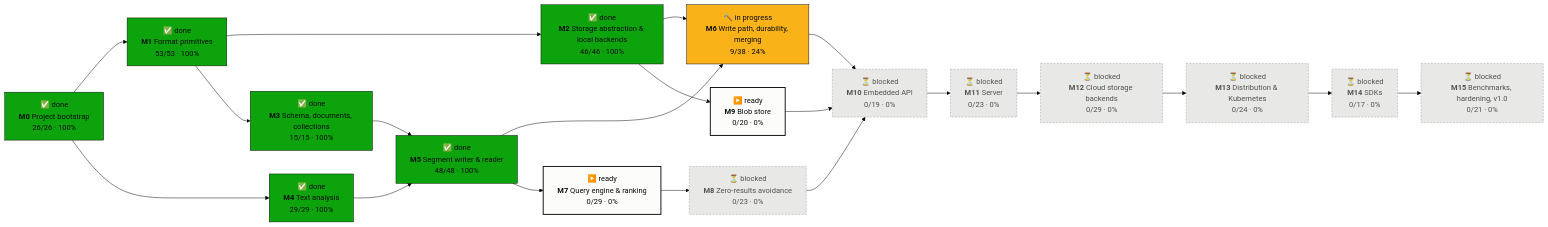
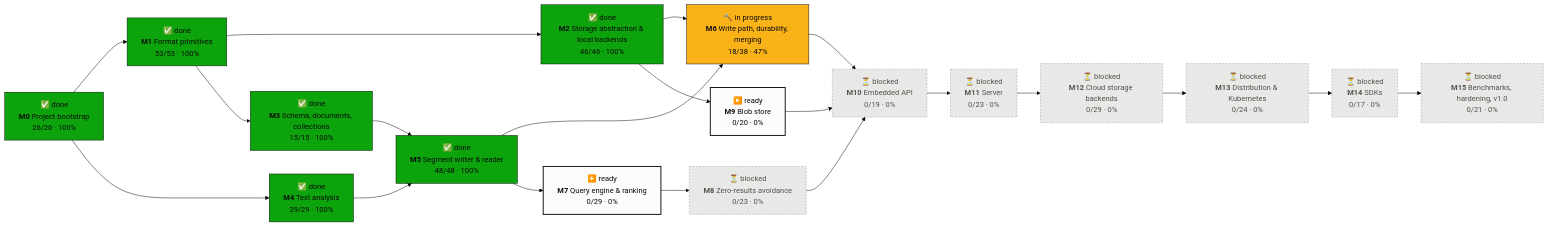
Before and after one commit to tomiok/persiaDB: the first of 2 diagrams in PROGRESS.md, drawn with Mermaid (forest theme). The commit also changed other lines of this file and 13 other files, not shown here.

````diff
--- a/PROGRESS.md
+++ b/PROGRESS.md
@@ -16,42 +16,42 @@
 ```mermaid
 flowchart LR
   M0["✅ done<br/><b>M0</b> Project bootstrap<br/>26/26 · 100%"]:::done
   M1["✅ done<br/><b>M1</b> Format primitives<br/>53/53 · 100%"]:::done
   M2["✅ done<br/><b>M2</b> Storage abstraction & local backends<br/>46/46 · 100%"]:::done
   M3["✅ done<br/><b>M3</b> Schema, documents, collections<br/>15/15 · 100%"]:::done
   M4["✅ done<br/><b>M4</b> Text analysis<br/>29/29 · 100%"]:::done
   M5["✅ done<br/><b>M5</b> Segment writer & reader<br/>48/48 · 100%"]:::done
-  M6["🔨 in progress<br/><b>M6</b> Write path, durability, merging<br/>9/38 · 24%"]:::doing
+  M6["🔨 in progress<br/><b>M6</b> Write path, durability, merging<br/>18/38 · 47%"]:::doing
   M7["▶️ ready<br/><b>M7</b> Query engine & ranking<br/>0/29 · 0%"]:::ready
   M8["⏳ blocked<br/><b>M8</b> Zero-results avoidance<br/>0/23 · 0%"]:::blocked
   M9["▶️ ready<br/><b>M9</b> Blob store<br/>0/20 · 0%"]:::ready
   M10["⏳ blocked<br/><b>M10</b> Embedded API<br/>0/19 · 0%"]:::blocked
   M11["⏳ blocked<br/><b>M11</b> Server<br/>0/23 · 0%"]:::blocked
   M12["⏳ blocked<br/><b>M12</b> Cloud storage backends<br/>0/29 · 0%"]:::blocked
   M13["⏳ blocked<br/><b>M13</b> Distribution & Kubernetes<br/>0/24 · 0%"]:::blocked
   M14["⏳ blocked<br/><b>M14</b> SDKs<br/>0/17 · 0%"]:::blocked
   M15["⏳ blocked<br/><b>M15</b> Benchmarks, hardening, v1.0<br/>0/21 · 0%"]:::blocked
   M0 --> M1
   M1 --> M2
   M1 --> M3
   M0 --> M4
   M3 --> M5
   M4 --> M5
   M2 --> M6
   M5 --> M6
   M5 --> M7
   M7 --> M8
   M2 --> M9
   M6 --> M10
   M8 --> M10
   M9 --> M10
   M10 --> M11
   M11 --> M12
   M12 --> M13
   M13 --> M14
   M14 --> M15
   classDef done fill:#0ca30c,stroke:#0b0b0b,color:#0b0b0b
   classDef doing fill:#fab219,stroke:#0b0b0b,color:#0b0b0b
   classDef ready fill:#fcfcfb,stroke:#0b0b0b,stroke-width:2px,color:#0b0b0b
   classDef blocked fill:#e8e8e6,stroke:#9a9a96,stroke-dasharray:4 3,color:#52514e
 ```
````
